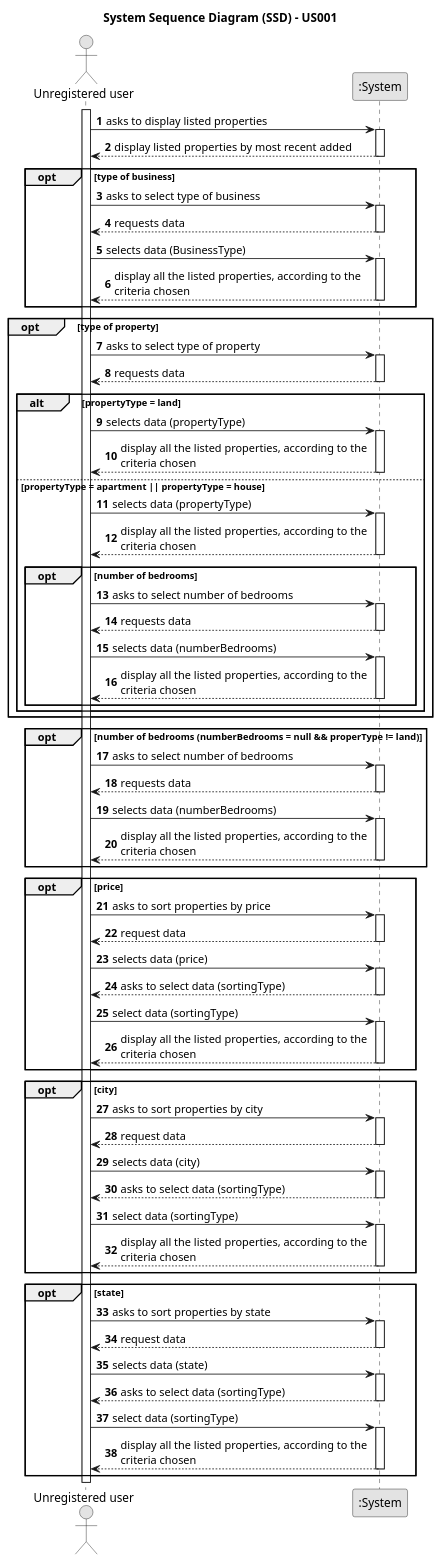
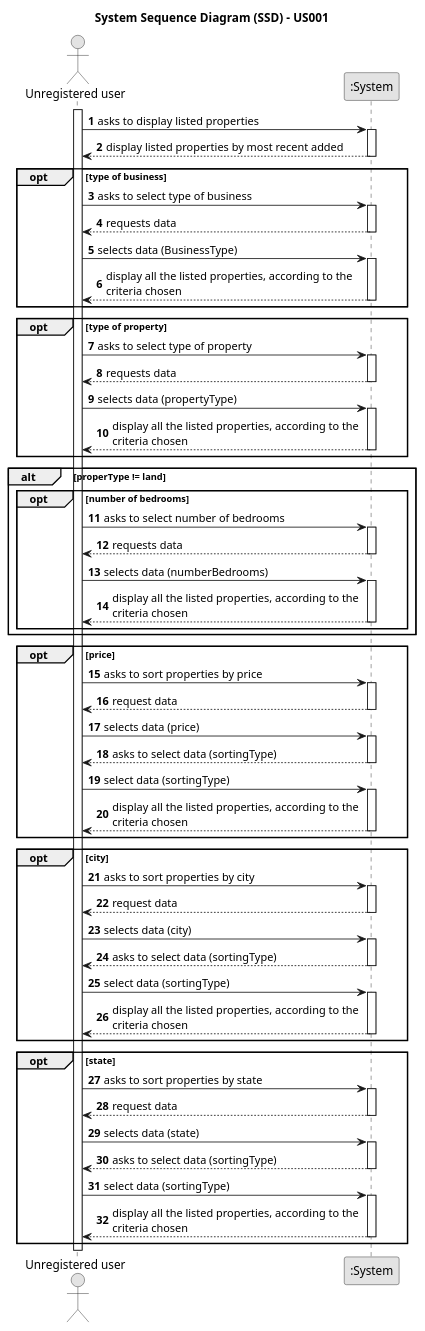
One commit to rita-barbosa/LAPR2-2223 changed the diagram in docs/sprintB/us001/01.requirements-engineering/puml/us001-system-sequence-diagram.puml. Above: the diagram before and after it, drawn with PlantUML. The commit also changed 1 other file, not shown here.

Commit message:
Update System Sequence Diagram [US001][Requirements Engineering].

```diff
--- a/docs/sprintB/us001/01.requirements-engineering/puml/us001-system-sequence-diagram.puml
+++ b/docs/sprintB/us001/01.requirements-engineering/puml/us001-system-sequence-diagram.puml
@@ -1,159 +1,134 @@
 @startuml
 skinparam monochrome true
 skinparam packageStyle rectangle
 skinparam shadowing false
 
 title System Sequence Diagram (SSD) - US001
 
 autonumber
 
 actor "Unregistered user" as User
 participant ":System" as System
 
 activate User
 
     User -> System : asks to display listed properties
     activate System
 
     System --> User : display listed properties by most recent added
     deactivate System
 
     opt type of business
 
         User -> System : asks to select type of business
         activate System
 
         System --> User : requests data
         deactivate System
 
         User -> System : selects data (BusinessType)
         activate System
 
         System --> User : display all the listed properties, according to the \ncriteria chosen
         deactivate System
     end
 
 
     opt type of property
 
         User -> System : asks to select type of property
         activate System
 
         System --> User : requests data
         deactivate System
 
-        alt propertyType = land
-
         User -> System : selects data (propertyType)
         activate System
 
         System --> User : display all the listed properties, according to the \ncriteria chosen
         deactivate System
 
-        else propertyType = apartment || propertyType = house
+    end
 
-         User -> System : selects data (propertyType)
-         activate System
+    alt properType != land
 
-         System --> User : display all the listed properties, according to the \ncriteria chosen
-         deactivate System
+        opt number of bedrooms
+            User -> System : asks to select number of bedrooms
+            activate System
 
-         opt number of bedrooms
+            System --> User : requests data
+            deactivate System
 
-         User -> System : asks to select number of bedrooms
-         activate System
+            User -> System : selects data (numberBedrooms)
+            activate System
 
-         System --> User : requests data
-         deactivate System
-
-         User -> System : selects data (numberBedrooms)
-         activate System
-
-         System --> User : display all the listed properties, according to the \ncriteria chosen
-         deactivate System
-
-         end
+            System --> User : display all the listed properties, according to the \ncriteria chosen
+            deactivate System
 
         end
-
-    end
-
-    opt number of bedrooms (numberBedrooms = null && properType != land)
-
-        User -> System : asks to select number of bedrooms
-        activate System
-
-        System --> User : requests data
-        deactivate System
-
-        User -> System : selects data (numberBedrooms)
-        activate System
-
-        System --> User : display all the listed properties, according to the \ncriteria chosen
-        deactivate System
 
     end
 
     opt price
 
         User -> System : asks to sort properties by price
         activate System
 
         System --> User : request data
         deactivate System
 
         User -> System : selects data (price)
         activate System
 
         System --> User :  asks to select data (sortingType)
         deactivate System
 
         User -> System : select data (sortingType)
         activate System
 
         System --> User : display all the listed properties, according to the \ncriteria chosen
         deactivate System
     end
 
     opt city
         User -> System : asks to sort properties by city
         activate System
 
         System --> User : request data
         deactivate System
 
         User -> System : selects data (city)
         activate System
 
         System --> User :  asks to select data (sortingType)
         deactivate System
 
         User -> System : select data (sortingType)
         activate System
 
         System --> User : display all the listed properties, according to the \ncriteria chosen
         deactivate System
     end
 
     opt state
         User -> System : asks to sort properties by state
         activate System
 
         System --> User : request data
         deactivate System
 
         User -> System : selects data (state)
         activate System
 
         System --> User :  asks to select data (sortingType)
         deactivate System
 
         User -> System : select data (sortingType)
         activate System
 
         System --> User : display all the listed properties, according to the \ncriteria chosen
         deactivate System
     end
 
 
 @enduml
```
